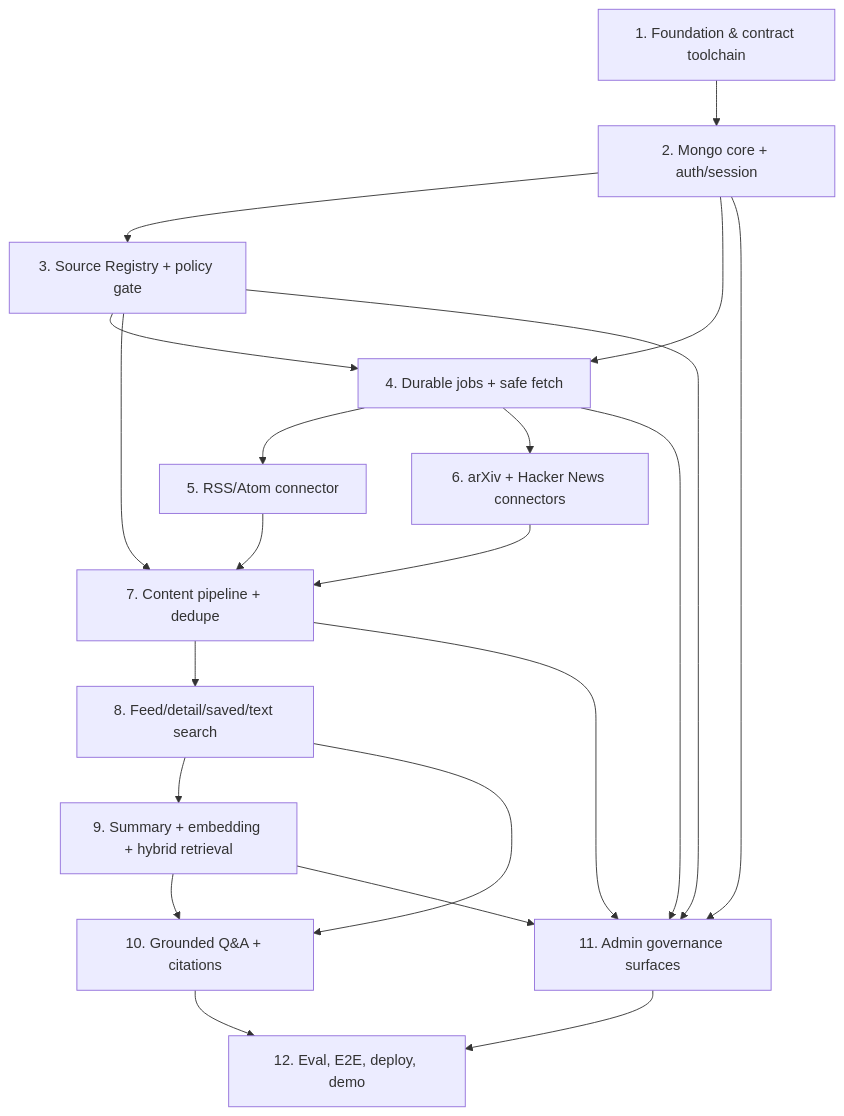
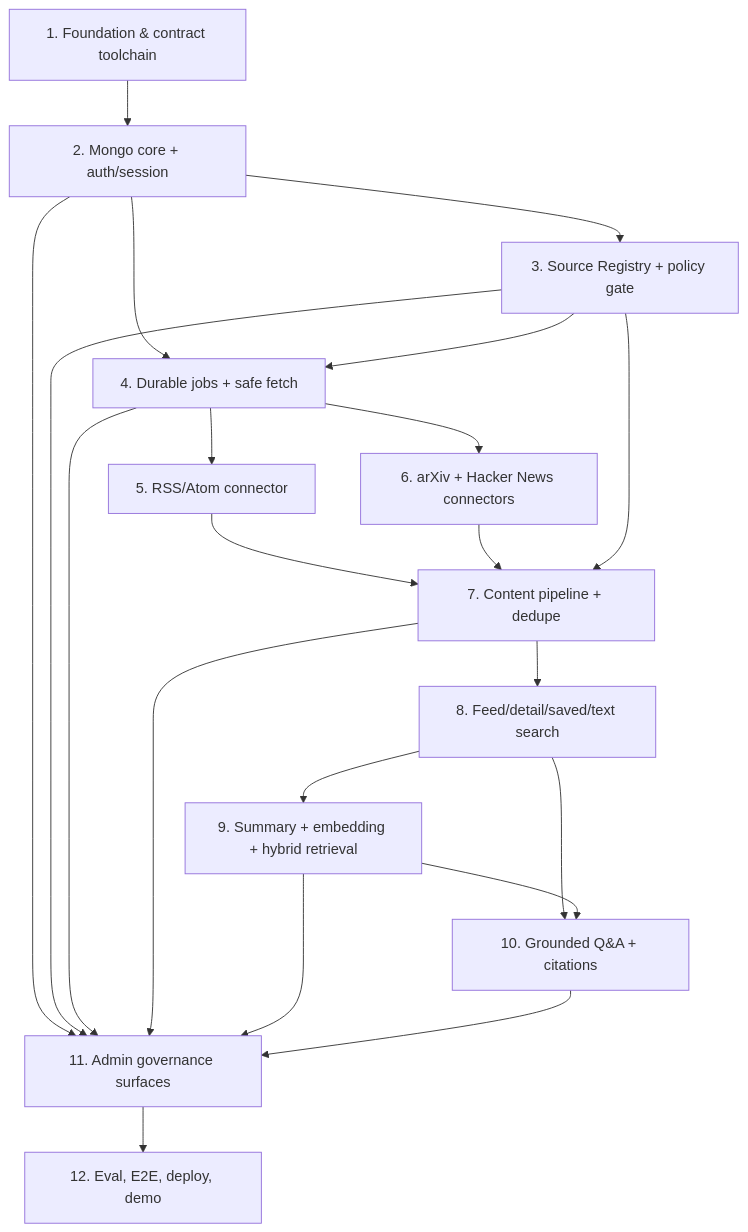
One commit to staavanothanh/TechPulse-AI changed the diagram in docs/plans/techpulse-ai-mvp.md. Above: the diagram before and after it, drawn with Mermaid. The commit also changed other lines of this file and 11 other files, not shown here.

````diff
--- a/docs/plans/techpulse-ai-mvp.md
+++ b/docs/plans/techpulse-ai-mvp.md
@@ -91,23 +94,23 @@
 ```mermaid
 flowchart TD
     S1[1. Foundation & contract toolchain] --> S2[2. Mongo core + auth/session]
     S2 --> S3[3. Source Registry + policy gate]
     S2 --> S4[4. Durable jobs + safe fetch]
     S3 --> S4
     S4 --> S5[5. RSS/Atom connector]
     S4 --> S6[6. arXiv + Hacker News connectors]
     S5 --> S7[7. Content pipeline + dedupe]
     S6 --> S7
     S3 --> S7
     S7 --> S8[8. Feed/detail/saved/text search]
     S8 --> S9[9. Summary + embedding + hybrid retrieval]
     S8 --> S10[10. Grounded Q&A + citations]
     S9 --> S10
     S2 --> S11[11. Admin governance surfaces]
     S3 --> S11
     S4 --> S11
     S7 --> S11
     S9 --> S11
-    S10 --> S12[12. Eval, E2E, deploy, demo]
-    S11 --> S12
+    S10 --> S11
+    S11 --> S12[12. Eval, E2E, deploy, demo]
 ```
````
